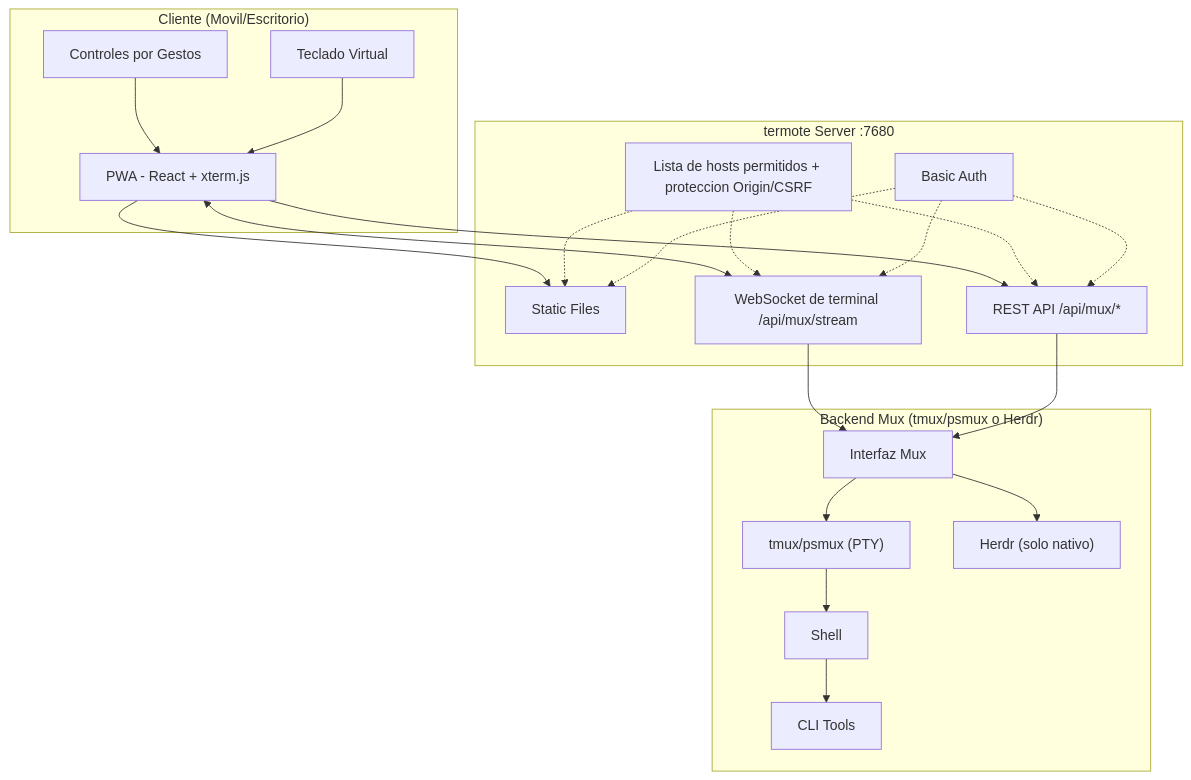
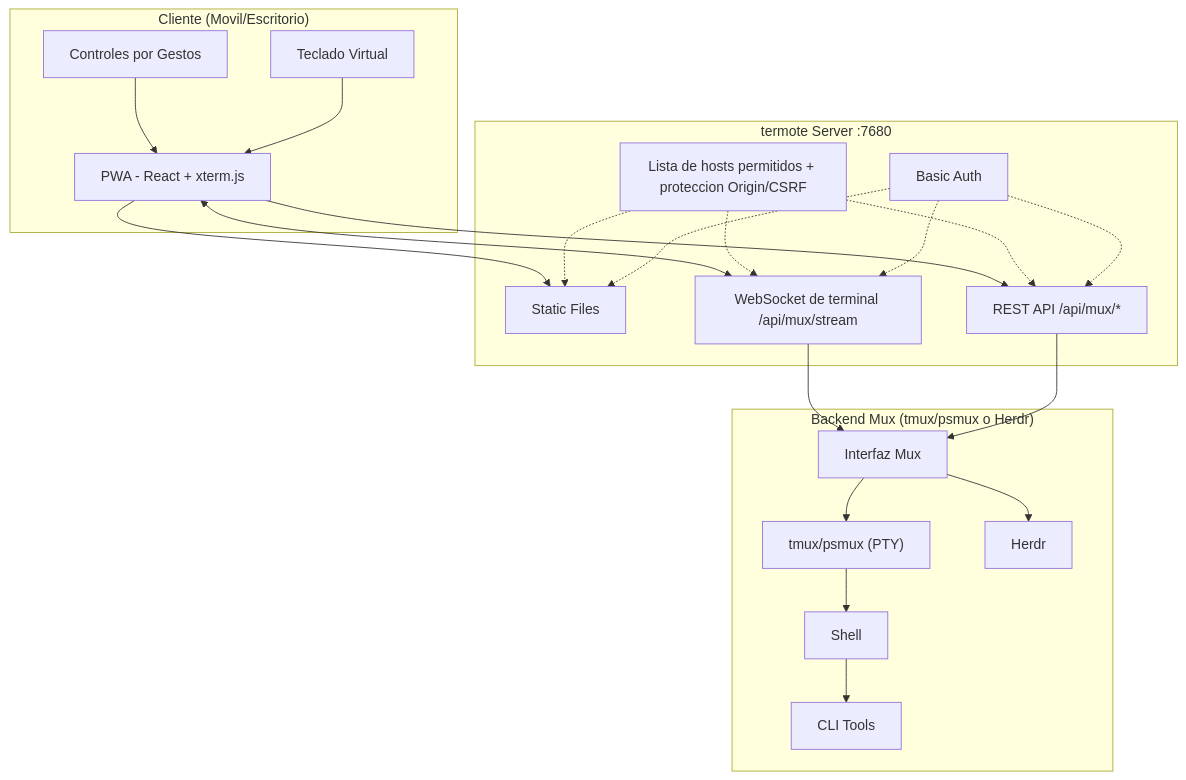
One commit to lamngockhuong/termote changed the first of 2 diagrams in README.es.md. Above: the diagram before and after it, drawn with Mermaid. The commit also changed other lines of this file and 36 other files, not shown here.

````diff
--- a/README.es.md
+++ b/README.es.md
@@ -65,36 +65,36 @@
 ```mermaid
 flowchart TB
     subgraph Client["Cliente (Movil/Escritorio)"]
         PWA["PWA - React + xterm.js"]
         Gestures["Controles por Gestos"]
         Keyboard["Teclado Virtual"]
     end
 
     subgraph Server["termote Server :7680"]
         Static["Static Files"]
         Stream["WebSocket de terminal /api/mux/stream"]
         API["REST API /api/mux/*"]
         Guard["Lista de hosts permitidos + proteccion Origin/CSRF"]
         Auth["Basic Auth"]
     end
 
     subgraph Backend["Backend Mux (tmux/psmux o Herdr)"]
         Mux["Interfaz Mux"]
         tmux["tmux/psmux (PTY)"]
-        herdr["Herdr (solo nativo)"]
+        herdr["Herdr"]
         Shell["Shell"]
         Tools["CLI Tools"]
     end
 
     Gestures --> PWA
     Keyboard --> PWA
     PWA --> Static
     PWA <--> Stream
     PWA --> API
     Guard -.-> Static & Stream & API
     Auth -.-> Static & Stream & API
     Stream --> Mux
     API --> Mux
     Mux --> tmux & herdr
     tmux --> Shell --> Tools
 ```
````
